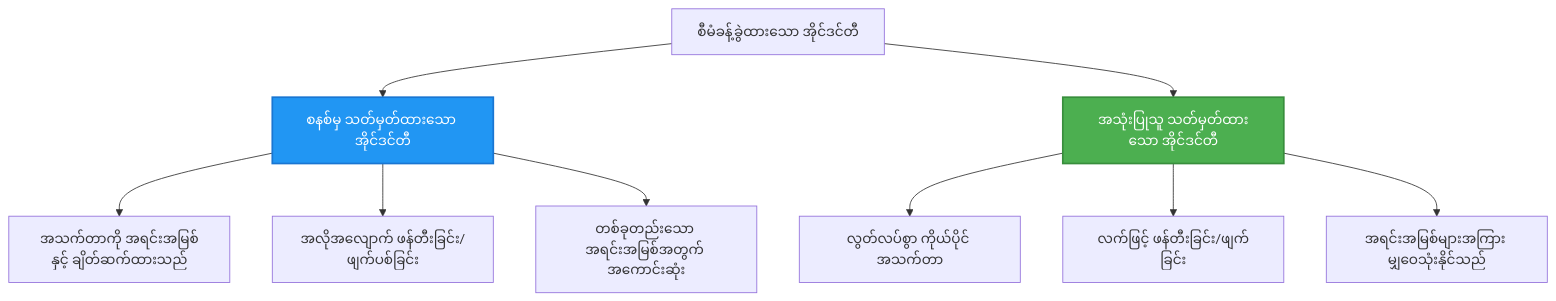
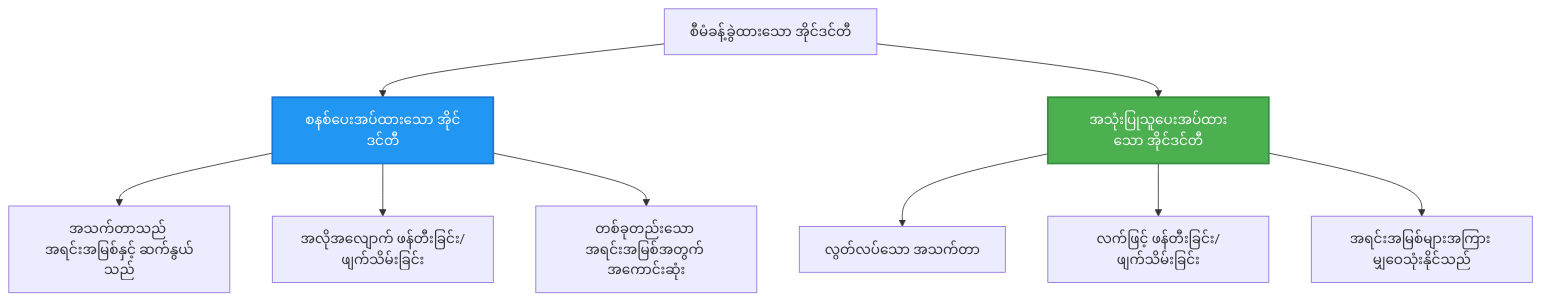
One commit to microsoft/AZD-for-beginners changed the second of 2 diagrams in translations/my/docs/chapter-03-configuration/authsecurity.md. Above: the diagram before and after it, drawn with Mermaid. The commit also changed other lines of this file and 101 other files, not shown here.

````diff
--- a/translations/my/docs/chapter-03-configuration/authsecurity.md
+++ b/translations/my/docs/chapter-03-configuration/authsecurity.md
@@ -97,20 +97,20 @@
 ```mermaid
 graph TB
     MI[စီမံခန့်ခွဲထားသော အိုင်ဒင်တီ]
-    SystemAssigned[စနစ်မှ သတ်မှတ်ထားသော အိုင်ဒင်တီ]
-    UserAssigned[အသုံးပြုသူ သတ်မှတ်ထားသော အိုင်ဒင်တီ]
+    SystemAssigned[စနစ်ပေးအပ်ထားသော အိုင်ဒင်တီ]
+    UserAssigned[အသုံးပြုသူပေးအပ်ထားသော အိုင်ဒင်တီ]
     
     MI --> SystemAssigned
     MI --> UserAssigned
     
-    SystemAssigned --> SA1[အသက်တာကို အရင်းအမြစ်နှင့် ချိတ်ဆက်ထားသည်]
-    SystemAssigned --> SA2[အလိုအလျောက် ဖန်တီးခြင်း/ဖျက်ပစ်ခြင်း]
+    SystemAssigned --> SA1[အသက်တာသည် အရင်းအမြစ်နှင့် ဆက်နွယ်သည်]
+    SystemAssigned --> SA2[အလိုအလျောက် ဖန်တီးခြင်း/ဖျက်သိမ်းခြင်း]
     SystemAssigned --> SA3[တစ်ခုတည်းသော အရင်းအမြစ်အတွက် အကောင်းဆုံး]
     
-    UserAssigned --> UA1[လွတ်လပ်စွာ ကိုယ်ပိုင် အသက်တာ]
-    UserAssigned --> UA2[လက်ဖြင့် ဖန်တီးခြင်း/ဖျက်ခြင်း]
+    UserAssigned --> UA1[လွတ်လပ်သော အသက်တာ]
+    UserAssigned --> UA2[လက်ဖြင့် ဖန်တီးခြင်း/ဖျက်သိမ်းခြင်း]
     UserAssigned --> UA3[အရင်းအမြစ်များအကြား မျှဝေသုံးနိုင်သည်]
     
     style SystemAssigned fill:#2196F3,stroke:#1976D2,stroke-width:2px,color:#fff
     style UserAssigned fill:#4CAF50,stroke:#388E3C,stroke-width:2px,color:#fff
 ```
````
